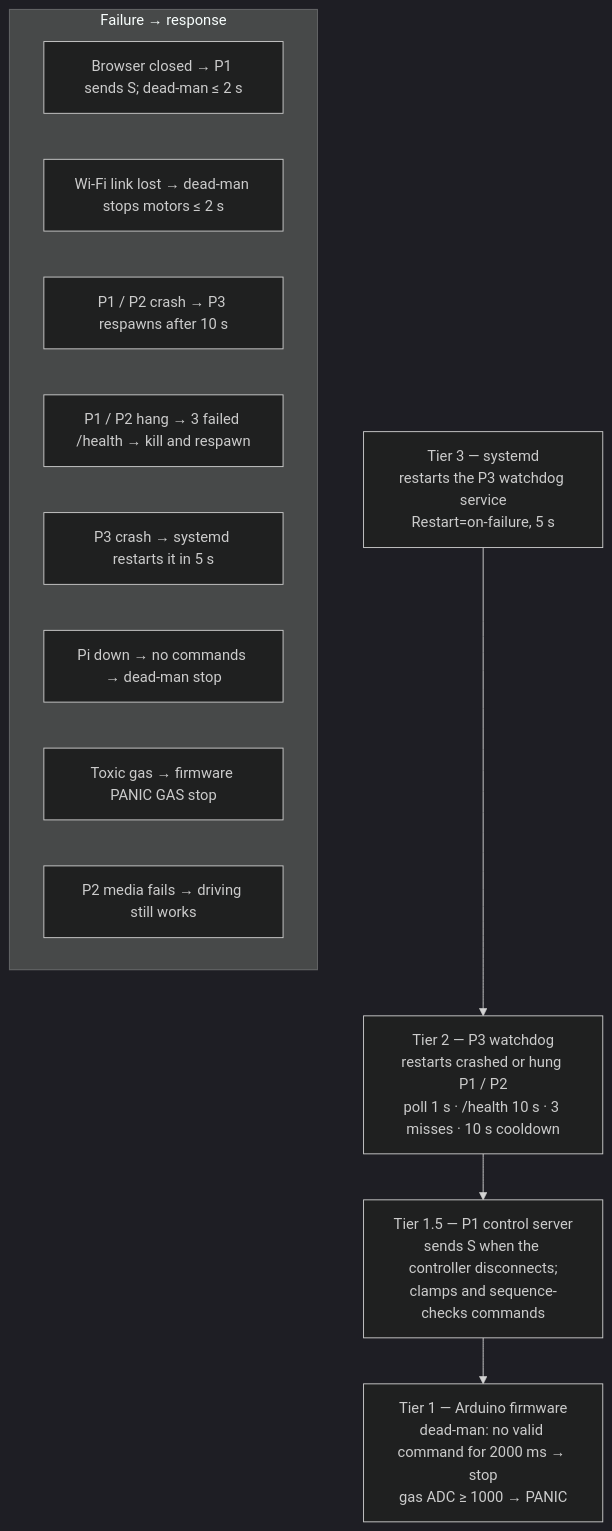
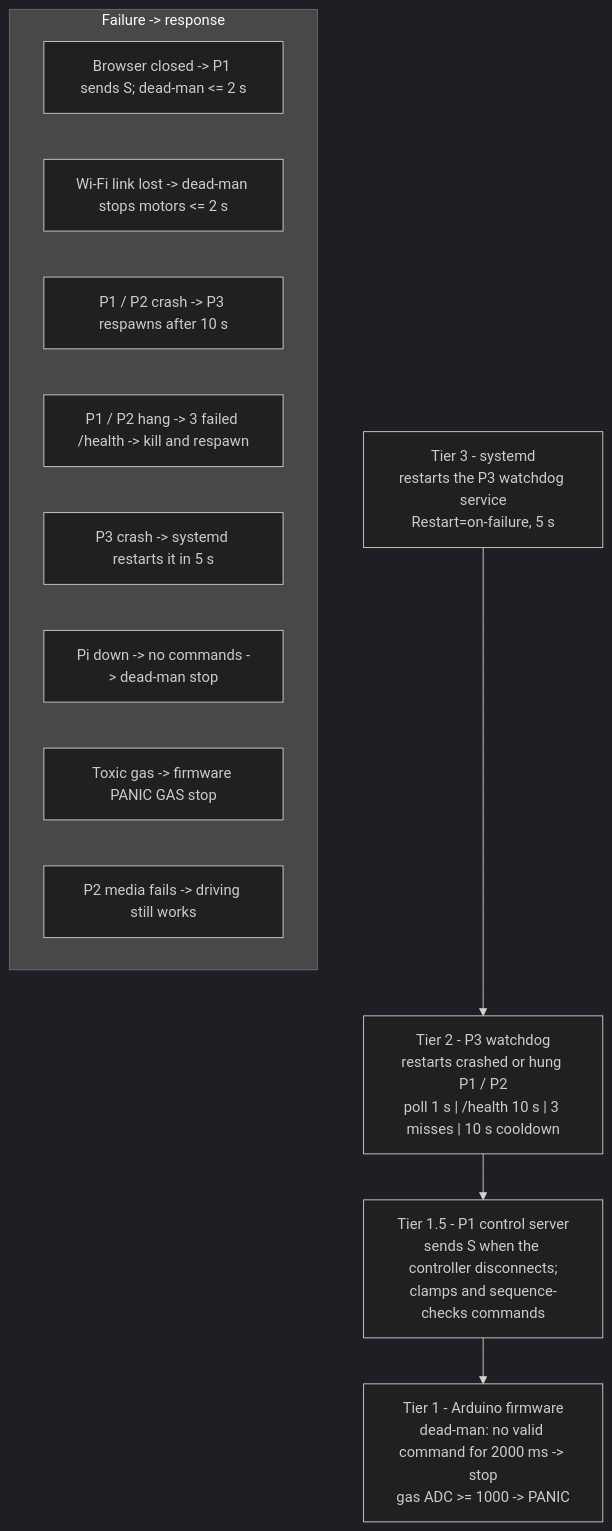
One commit to baiust999/robort-code-from-pi changed the tenth of 14 diagrams in research paper/methodology_diagrams.md. Above: the diagram before and after it, drawn with Mermaid (dark theme). The commit also changed other lines of this file and 4 other files, not shown here.

````diff
--- a/research paper/methodology_diagrams.md
+++ b/research paper/methodology_diagrams.md
@@ -344,19 +344,19 @@
 ```mermaid
 flowchart TB
-    T3["Tier 3 — systemd<br/>restarts the P3 watchdog service<br/>Restart=on-failure, 5 s"]
-    T2["Tier 2 — P3 watchdog<br/>restarts crashed or hung P1 / P2<br/>poll 1 s · /health 10 s · 3 misses · 10 s cooldown"]
-    T15["Tier 1.5 — P1 control server<br/>sends S when the controller disconnects;<br/>clamps and sequence-checks commands"]
-    T1["Tier 1 — Arduino firmware<br/>dead-man: no valid command for 2000 ms → stop<br/>gas ADC ≥ 1000 → PANIC"]
+    T3["Tier 3 - systemd<br/>restarts the P3 watchdog service<br/>Restart=on-failure, 5 s"]
+    T2["Tier 2 - P3 watchdog<br/>restarts crashed or hung P1 / P2<br/>poll 1 s | /health 10 s | 3 misses | 10 s cooldown"]
+    T15["Tier 1.5 - P1 control server<br/>sends S when the controller disconnects;<br/>clamps and sequence-checks commands"]
+    T1["Tier 1 - Arduino firmware<br/>dead-man: no valid command for 2000 ms -> stop<br/>gas ADC >= 1000 -> PANIC"]
     T3 --> T2 --> T15 --> T1
 
-    subgraph FR["Failure → response"]
-        F1["Browser closed → P1 sends S; dead-man ≤ 2 s"]
-        F2["Wi-Fi link lost → dead-man stops motors ≤ 2 s"]
-        F3["P1 / P2 crash → P3 respawns after 10 s"]
-        F4["P1 / P2 hang → 3 failed /health → kill and respawn"]
-        F5["P3 crash → systemd restarts it in 5 s"]
-        F6["Pi down → no commands → dead-man stop"]
-        F7["Toxic gas → firmware PANIC GAS stop"]
-        F8["P2 media fails → driving still works"]
+    subgraph FR["Failure -> response"]
+        F1["Browser closed -> P1 sends S; dead-man <= 2 s"]
+        F2["Wi-Fi link lost -> dead-man stops motors <= 2 s"]
+        F3["P1 / P2 crash -> P3 respawns after 10 s"]
+        F4["P1 / P2 hang -> 3 failed /health -> kill and respawn"]
+        F5["P3 crash -> systemd restarts it in 5 s"]
+        F6["Pi down -> no commands -> dead-man stop"]
+        F7["Toxic gas -> firmware PANIC GAS stop"]
+        F8["P2 media fails -> driving still works"]
     end
 ```
````
